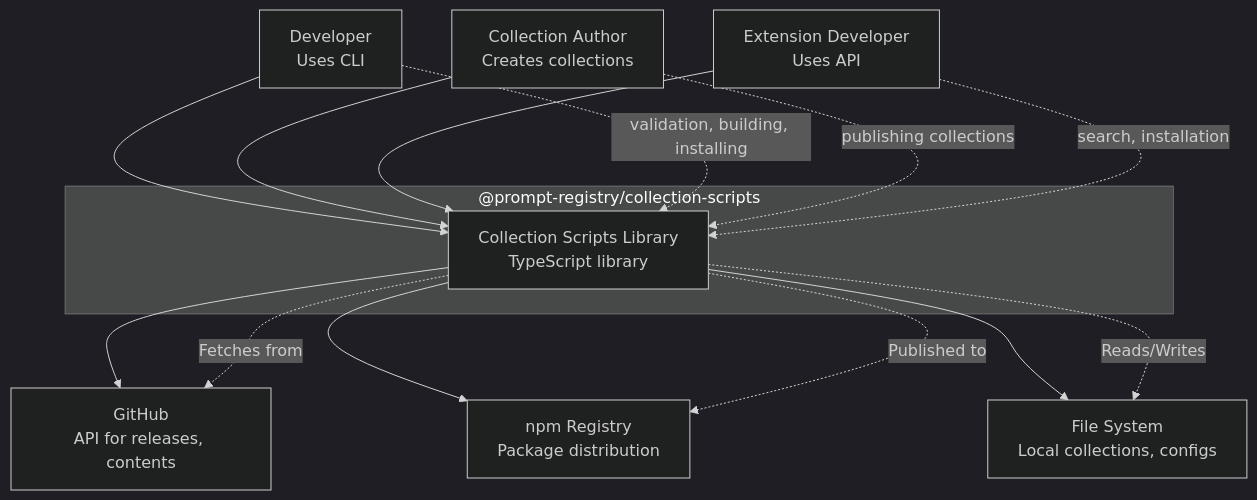
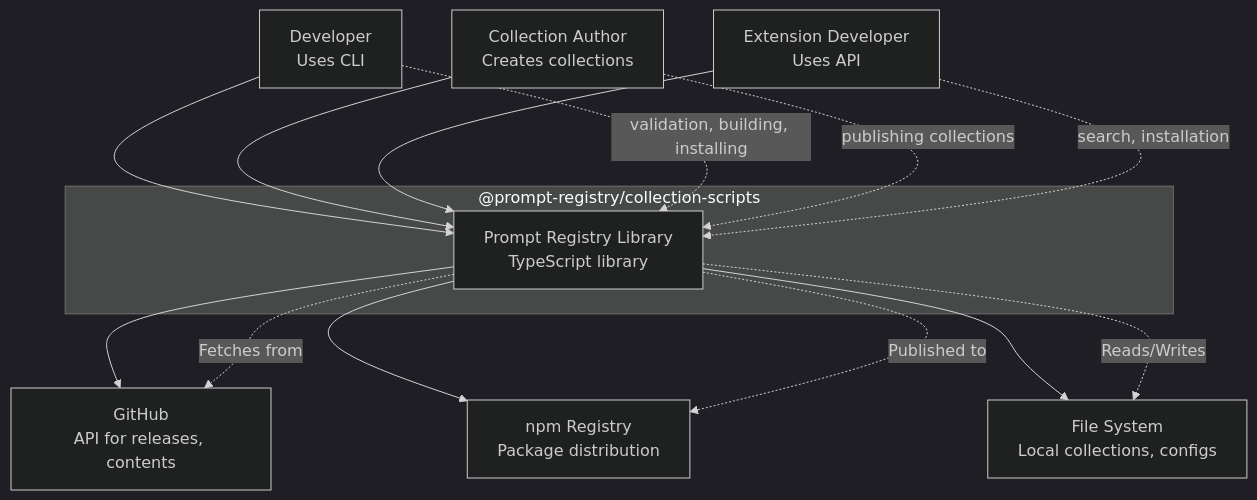
The diagram in lib/docs/architecture/c4-system-context.md (wherka-ama/prompt-registry), drawn with Mermaid (dark theme) before and after one commit. The commit also changed 3 other files, not shown here.

First line of the commit message:
docs: update terminology from 'collection scripts library' to 'Prompt Registry library'

````diff
--- a/lib/docs/architecture/c4-system-context.md
+++ b/lib/docs/architecture/c4-system-context.md
@@ -7,29 +7,29 @@
 ```mermaid
 flowchart TB
     dev[Developer<br/>Uses CLI]
     author[Collection Author<br/>Creates collections]
     ext_dev[Extension Developer<br/>Uses API]
 
     subgraph Library["@prompt-registry/collection-scripts"]
-        lib[Collection Scripts Library<br/>TypeScript library]
+        lib[Prompt Registry Library<br/>TypeScript library]
     end
 
     github[GitHub<br/>API for releases, contents]
     npm[npm Registry<br/>Package distribution]
     FS[File System<br/>Local collections, configs]
 
     dev --> lib
     author --> lib
     ext_dev --> lib
 
     lib --> github
     lib --> npm
     lib --> FS
 
     dev -."validation, building, installing".-> lib
     author -."publishing collections".-> lib
     ext_dev -."search, installation".-> lib
     lib -."Fetches from".-> github
     lib -."Published to".-> npm
     lib -."Reads/Writes".-> FS
 ```
````
